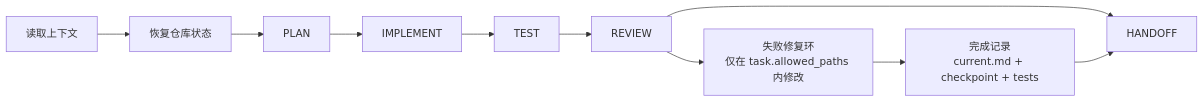
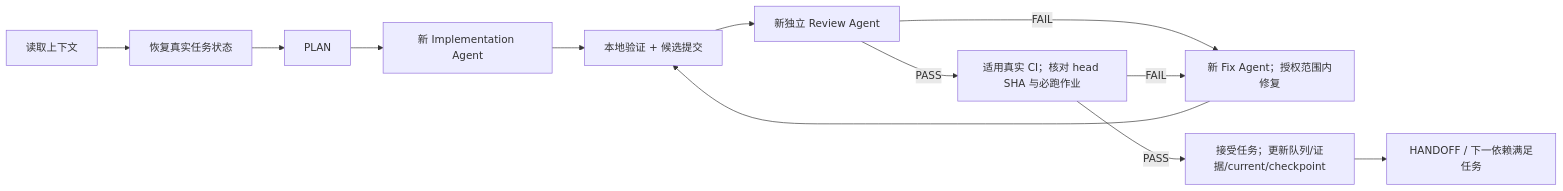
Before and after one commit to nilesthump/IM-platform: the seventh of 9 diagrams in spec/architecture/frozen-architecture.md, drawn with Mermaid. The commit also changed other lines of this file and 62 other files, not shown here.

Commit message:
fix(architecture): reconcile frozen baseline and stage remediation

````diff
--- a/spec/architecture/frozen-architecture.md
+++ b/spec/architecture/frozen-architecture.md
@@ -687,7 +709,10 @@
 ```mermaid
 flowchart LR
-  Context["读取上下文"] --> Repo["恢复仓库状态"] --> Plan["PLAN"] --> Implement["IMPLEMENT"] --> Test["TEST"] --> Review["REVIEW"] --> Handoff["HANDOFF"]
-  Review --> Failure["失败修复环<br/>仅在 task.allowed_paths 内修改"]
-  Failure --> Complete["完成记录<br/>current.md + checkpoint + tests"]
-  Complete --> Handoff
+  Context["读取上下文"] --> Repo["恢复真实任务状态"] --> Plan["PLAN"] --> Implement["新 Implementation Agent"] --> Test["本地验证 + 候选提交"] --> Review["新独立 Review Agent"]
+  Review -->|"FAIL"| Failure["新 Fix Agent；授权范围内修复"]
+  Failure --> Test
+  Review -->|"PASS"| CI["适用真实 CI；核对 head SHA 与必跑作业"]
+  CI -->|"FAIL"| Failure
+  CI -->|"PASS"| Complete["接受任务；更新队列/证据/current/checkpoint"]
+  Complete --> Handoff["HANDOFF / 下一依赖满足任务"]
 ```
````
